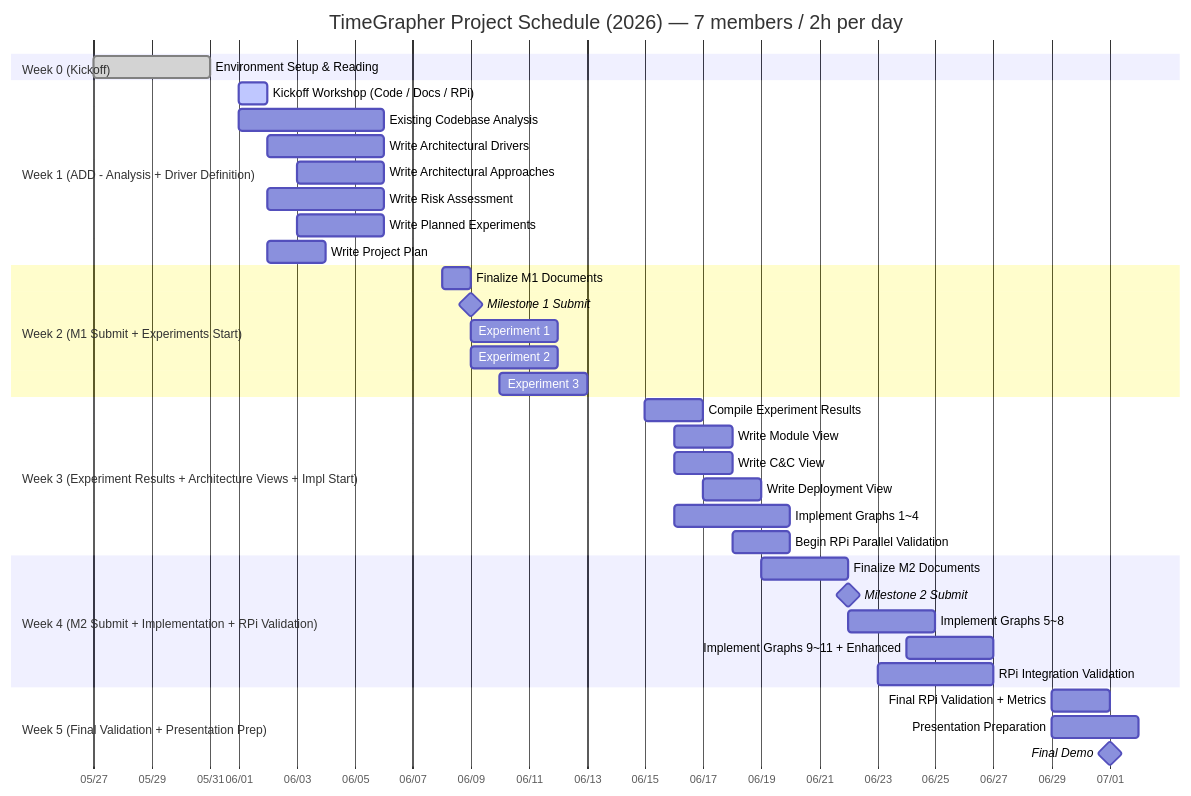
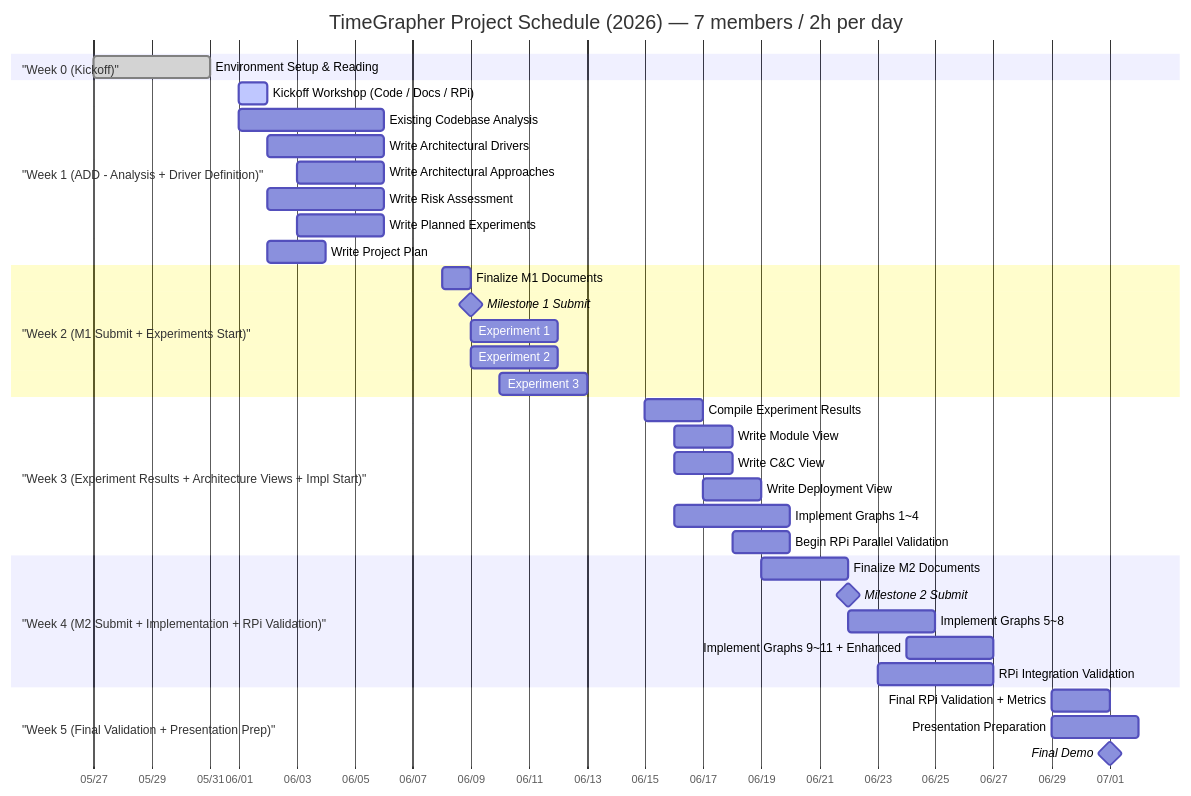
One commit to Ji-Min-Lee/time-grapher changed the diagram in references/project/todo.md. Above: the diagram before and after it, drawn with Mermaid.

````diff
--- a/references/project/todo.md
+++ b/references/project/todo.md
@@ -5,45 +5,45 @@
 ```mermaid
 gantt
     title TimeGrapher Project Schedule (2026) — 7 members / 2h per day
     dateFormat  YYYY-MM-DD
     axisFormat %m/%d
 
-    section Week 0 (Kickoff)
+    section "Week 0 (Kickoff)"
     Environment Setup & Reading           :done,    env,  2026-05-27, 4d
 
-    section Week 1 (ADD - Analysis + Driver Definition)
+    section "Week 1 (ADD - Analysis + Driver Definition)"
     Kickoff Workshop (Code / Docs / RPi)  :active,  ws,   2026-06-01, 1d
     Existing Codebase Analysis            :         ca,   2026-06-01, 5d
     Write Architectural Drivers           :         ad,   2026-06-02, 4d
     Write Architectural Approaches        :         aa,   2026-06-03, 3d
     Write Risk Assessment                 :         ra,   2026-06-02, 4d
     Write Planned Experiments             :         pe,   2026-06-03, 3d
     Write Project Plan                    :         pp,   2026-06-02, 2d
 
-    section Week 2 (M1 Submit + Experiments Start)
+    section "Week 2 (M1 Submit + Experiments Start)"
     Finalize M1 Documents                 :         m1d,  2026-06-08, 1d
     Milestone 1 Submit                    :milestone, m1, 2026-06-09, 0d
     Experiment 1: RPi sps Performance     :         ex1,  2026-06-09, 3d
     Experiment 2: Qt GUI Rendering FPS    :         ex2,  2026-06-09, 3d
     Experiment 3: T1/T3 Detection Accuracy:         ex3,  2026-06-10, 3d
 
-    section Week 3 (Experiment Results + Architecture Views + Impl Start)
+    section "Week 3 (Experiment Results + Architecture Views + Impl Start)"
     Compile Experiment Results            :         er,   2026-06-15, 2d
     Write Module View                     :         mv,   2026-06-16, 2d
     Write C&C View                        :         cv,   2026-06-16, 2d
     Write Deployment View                 :         dv,   2026-06-17, 2d
     Implement Graphs 1~4                  :         gi1,  2026-06-16, 4d
     Begin RPi Parallel Validation         :         rpv1, 2026-06-18, 2d
 
-    section Week 4 (M2 Submit + Implementation + RPi Validation)
+    section "Week 4 (M2 Submit + Implementation + RPi Validation)"
     Finalize M2 Documents                 :         m2d,  2026-06-19, 3d
     Milestone 2 Submit                    :milestone, m2, 2026-06-22, 0d
     Implement Graphs 5~8                  :         gi2,  2026-06-22, 3d
     Implement Graphs 9~11 + Enhanced      :         gi3,  2026-06-24, 3d
     RPi Integration Validation            :         rpv2, 2026-06-23, 4d
 
-    section Week 5 (Final Validation + Presentation Prep)
+    section "Week 5 (Final Validation + Presentation Prep)"
     Final RPi Validation + Metrics        :         fv,   2026-06-29, 2d
     Presentation Preparation              :         pr,   2026-06-29, 3d
     Final Demo                            :milestone, m3, 2026-07-01, 0d
 ```
````
